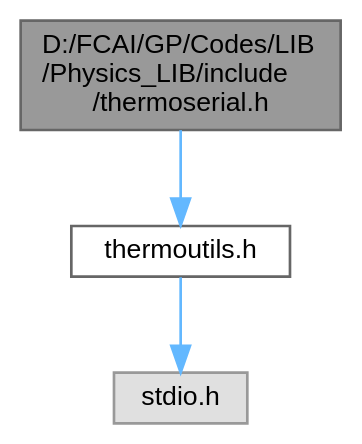
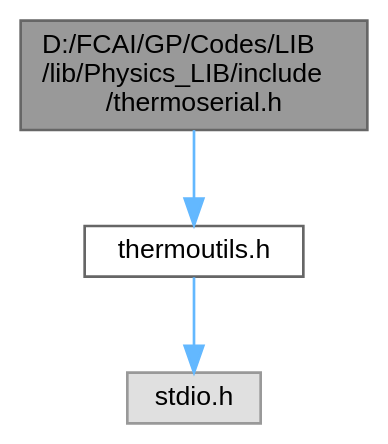
Before and after one commit to Computational-science-based-on-HPC/Computational-science-based-on-HPC.github.i: the diagram in thermoserial_8h__incl.dot, drawn with Graphviz. The commit also changed 103 other files, not shown here.

```diff
--- a/thermoserial_8h__incl.dot
+++ b/thermoserial_8h__incl.dot
@@ -1,12 +1,12 @@
-digraph "D:/FCAI/GP/Codes/LIB/Physics_LIB/include/thermoserial.h"
+digraph "D:/FCAI/GP/Codes/LIB/lib/Physics_LIB/include/thermoserial.h"
 {
  // LATEX_PDF_SIZE
   bgcolor="transparent";
   edge [fontname=Helvetica,fontsize=10,labelfontname=Helvetica,labelfontsize=10];
   node [fontname=Helvetica,fontsize=10,shape=box,height=0.2,width=0.4];
-  Node1 [id="Node000001",label="D:/FCAI/GP/Codes/LIB\l/Physics_LIB/include\l/thermoserial.h",height=0.2,width=0.4,color="gray40", fillcolor="grey60", style="filled", fontcolor="black",tooltip="This file contains the implementation of the serial version of the heat transfer simulation in 1D and..."];
+  Node1 [id="Node000001",label="D:/FCAI/GP/Codes/LIB\l/lib/Physics_LIB/include\l/thermoserial.h",height=0.2,width=0.4,color="gray40", fillcolor="grey60", style="filled", fontcolor="black",tooltip="This file contains the implementation of the serial version of the heat transfer simulation in 1D and..."];
   Node1 -> Node2 [id="edge1_Node000001_Node000002",color="steelblue1",style="solid",tooltip=" "];
-  Node2 [id="Node000002",label="thermoutils.h",height=0.2,width=0.4,color="grey40", fillcolor="white", style="filled",URL="$thermoutils_8h.html",tooltip=" "];
+  Node2 [id="Node000002",label="thermoutils.h",height=0.2,width=0.4,color="grey40", fillcolor="white", style="filled",URL="$thermoutils_8h.html",tooltip="This file contains the utility functions used by the heat transfer simulation in 1D and 2D to help in..."];
   Node2 -> Node3 [id="edge2_Node000002_Node000003",color="steelblue1",style="solid",tooltip=" "];
   Node3 [id="Node000003",label="stdio.h",height=0.2,width=0.4,color="grey60", fillcolor="#E0E0E0", style="filled",tooltip=" "];
 }
```
